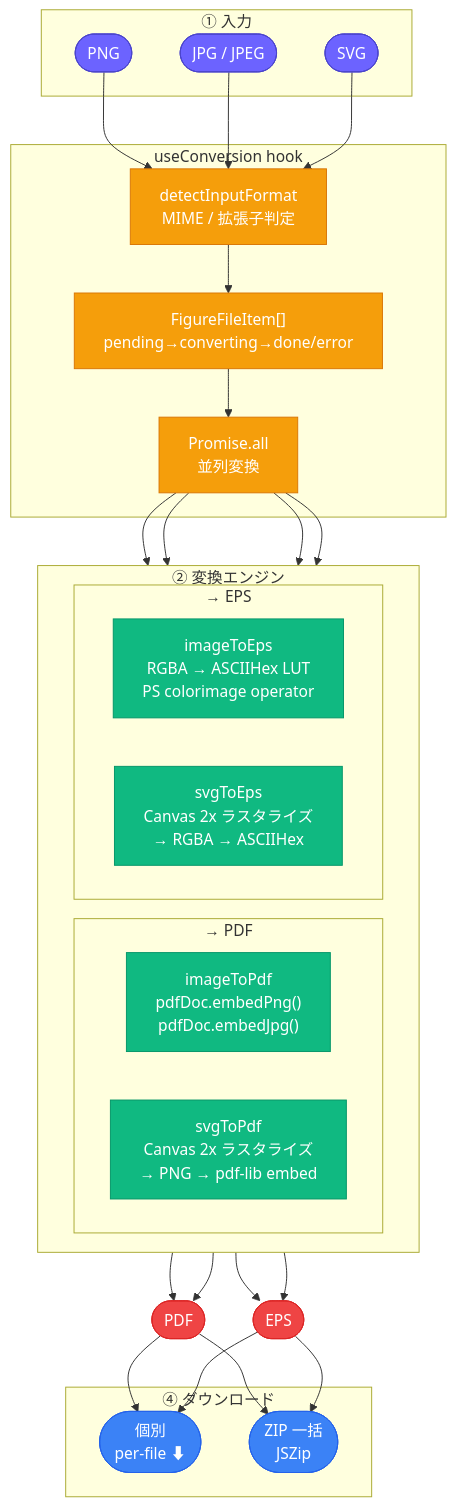
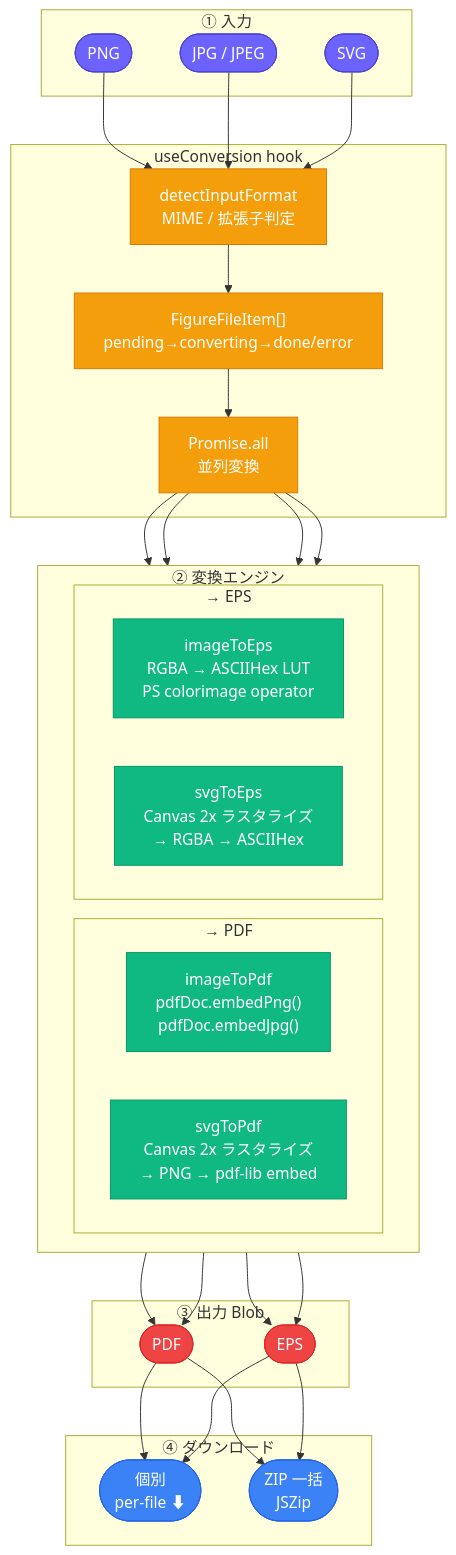
Before and after one commit to Axe0320/latex-figure-composer: the first of 2 diagrams in README.md, drawn with Mermaid.

Commit message:
docs: restore output Blob subgraph removed by mistake

````diff
--- a/README.md
+++ b/README.md
@@ -86,50 +86,52 @@
 ```mermaid
 flowchart TD
     classDef input fill:#6C63FF,color:#fff,stroke:#4a44cc
     classDef conv  fill:#10B981,color:#fff,stroke:#059669
     classDef out   fill:#EF4444,color:#fff,stroke:#DC2626
     classDef dl    fill:#3B82F6,color:#fff,stroke:#2563EB
     classDef hook  fill:#F59E0B,color:#fff,stroke:#D97706
 
     subgraph IN["① 入力"]
         PNG([PNG]):::input
         JPG([JPG / JPEG]):::input
         SVG([SVG]):::input
     end
 
     subgraph HOOK["useConversion hook"]
         DET["detectInputFormat\nMIME / 拡張子判定"]:::hook
         STATE["FigureFileItem[]\npending→converting→done/error"]:::hook
         PAR["Promise.all\n並列変換"]:::hook
         DET --> STATE --> PAR
     end
 
     subgraph CONV["② 変換エンジン"]
         direction LR
         subgraph CPDF["→ PDF"]
             P1["imageToPdf\npdfDoc.embedPng()\npdfDoc.embedJpg()"]:::conv
             P2["svgToPdf\nCanvas 2x ラスタライズ\n→ PNG → pdf-lib embed"]:::conv
         end
         subgraph CEPS["→ EPS"]
             E1["imageToEps\nRGBA → ASCIIHex LUT\nPS colorimage operator"]:::conv
             E2["svgToEps\nCanvas 2x ラスタライズ\n→ RGBA → ASCIIHex"]:::conv
         end
     end
 
-    PDF([PDF]):::out
-    EPS([EPS]):::out
+    subgraph OUT["③ 出力 Blob"]
+        PDF([PDF]):::out
+        EPS([EPS]):::out
+    end
 
     subgraph DL["④ ダウンロード"]
         INDIV([個別\nper-file ⬇]):::dl
         ZIP([ZIP 一括\nJSZip]):::dl
     end
 
     PNG & JPG --> DET
     SVG --> DET
     PAR --> P1 & P2
     PAR --> E1 & E2
     P1 & P2 --> PDF
     E1 & E2 --> EPS
     PDF & EPS --> INDIV
     PDF & EPS --> ZIP
 ```
````
